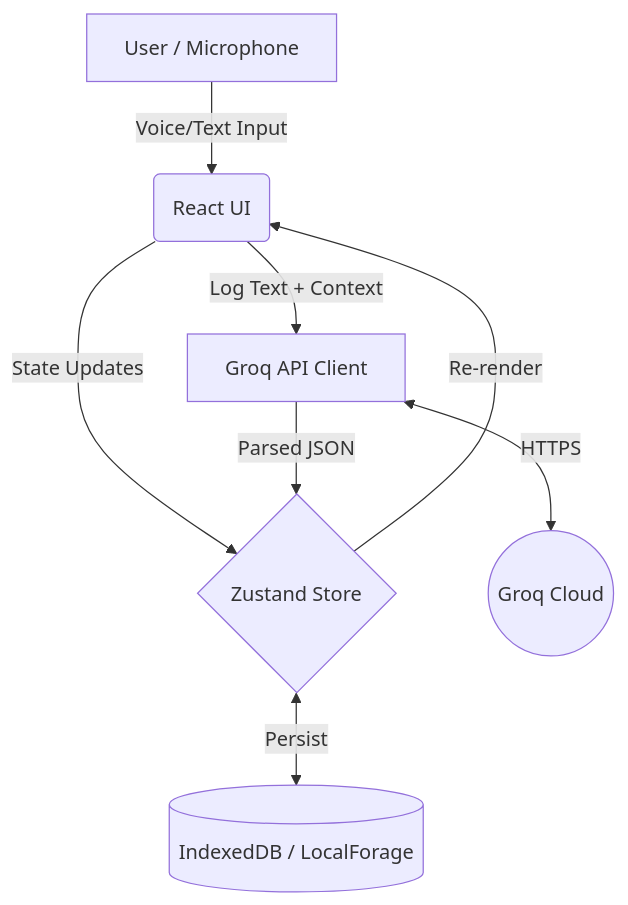
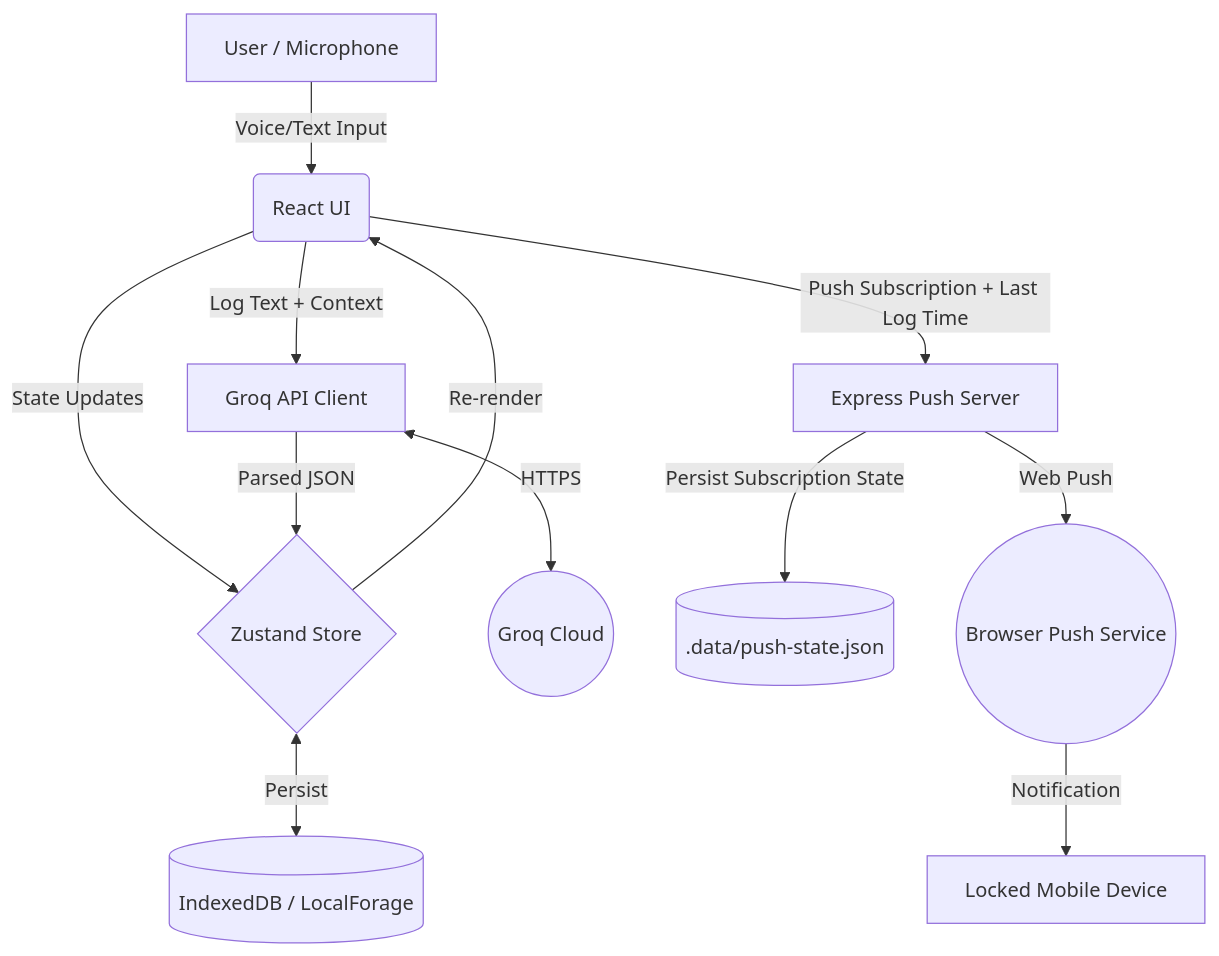
The diagram in docs/ARCHITECTURE.md (Techayguy01/Agreesive-Product-app), drawn with Mermaid before and after one commit. The commit also changed other lines of this file and 14 other files, not shown here.

Commit message:
Implement Web Push Notification Support with a backend scheduler and update the docs.

````diff
--- a/docs/ARCHITECTURE.md
+++ b/docs/ARCHITECTURE.md
@@ -19,10 +20,14 @@
 ```mermaid
 graph TD
     A[User / Microphone] -->|Voice/Text Input| B(React UI)
     B -->|State Updates| C{Zustand Store}
     C <-->|Persist| D[(IndexedDB / LocalForage)]
     B -->|Log Text + Context| E[Groq API Client]
     E <-->|HTTPS| F((Groq Cloud))
     E -->|Parsed JSON| C
+    B -->|Push Subscription + Last Log Time| G[Express Push Server]
+    G -->|Persist Subscription State| H[(.data/push-state.json)]
+    G -->|Web Push| I((Browser Push Service))
+    I -->|Notification| J[Locked Mobile Device]
     C -->|Re-render| B
 ```
````
